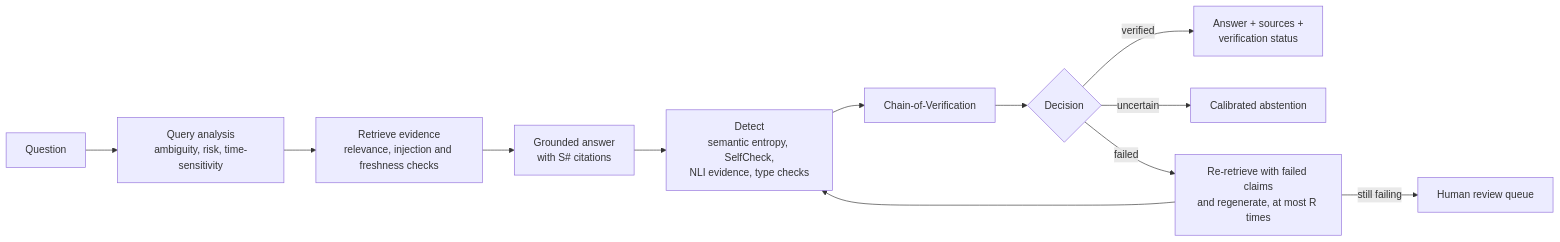
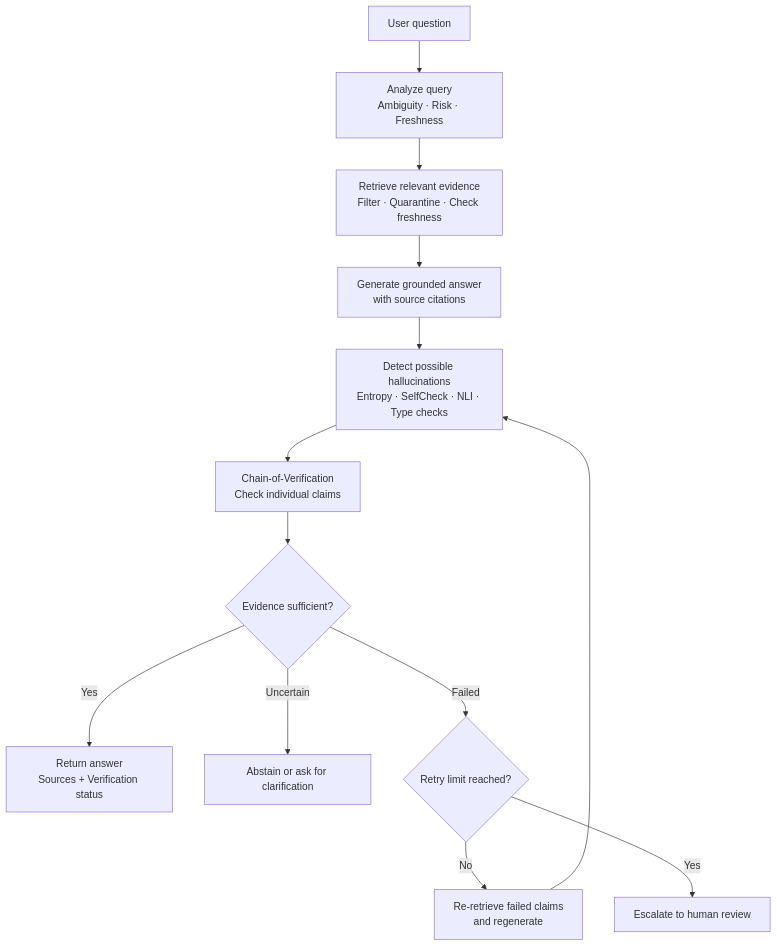
The diagram in README.md (NeoHacker1337/AI-Hallucination-Detection-and-Mitigation), drawn with Mermaid before and after one commit. The commit also changed other lines of this file, not shown here.

````diff
--- a/README.md
+++ b/README.md
@@ -29,14 +62,15 @@
 ```mermaid
-flowchart LR
-    Q[Question] --> A[Query analysis<br/>ambiguity, risk, time-sensitivity]
-    A --> R[Retrieve evidence<br/>relevance, injection and freshness checks]
-    R --> G[Grounded answer<br/>with S# citations]
-    G --> D[Detect<br/>semantic entropy, SelfCheck,<br/>NLI evidence, type checks]
-    D --> V[Chain-of-Verification]
-    V --> X{Decision}
-    X -- verified --> OUT[Answer + sources +<br/>verification status]
-    X -- uncertain --> AB[Calibrated abstention]
-    X -- failed --> RR[Re-retrieve with failed claims<br/>and regenerate, at most R times]
+flowchart TD
+    Q["User question"] --> A["Analyze query<br/>Ambiguity · Risk · Freshness"]
+    A --> R["Retrieve relevant evidence<br/>Filter · Quarantine · Check freshness"]
+    R --> G["Generate grounded answer<br/>with source citations"]
+    G --> D["Detect possible hallucinations<br/>Entropy · SelfCheck · NLI · Type checks"]
+    D --> V["Chain-of-Verification<br/>Check individual claims"]
+    V --> X{"Evidence sufficient?"}
+    X -->|Yes| O["Return answer<br/>Sources + Verification status"]
+    X -->|Uncertain| U["Abstain or ask for clarification"]
+    X -->|Failed| T{"Retry limit reached?"}
+    T -->|No| RR["Re-retrieve failed claims<br/>and regenerate"]
     RR --> D
-    RR -- still failing --> HR[Human review queue]
+    T -->|Yes| H["Escalate to human review"]
 ```
````
